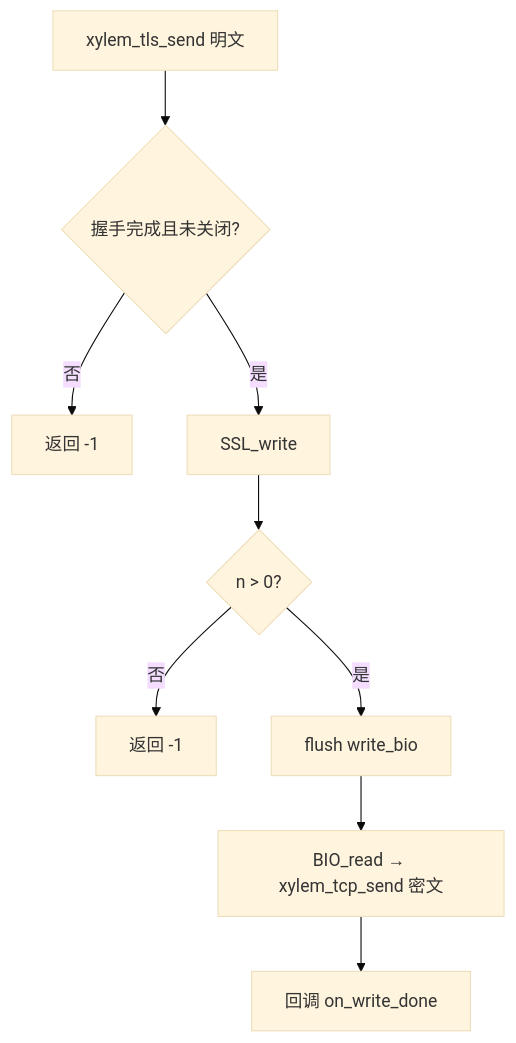
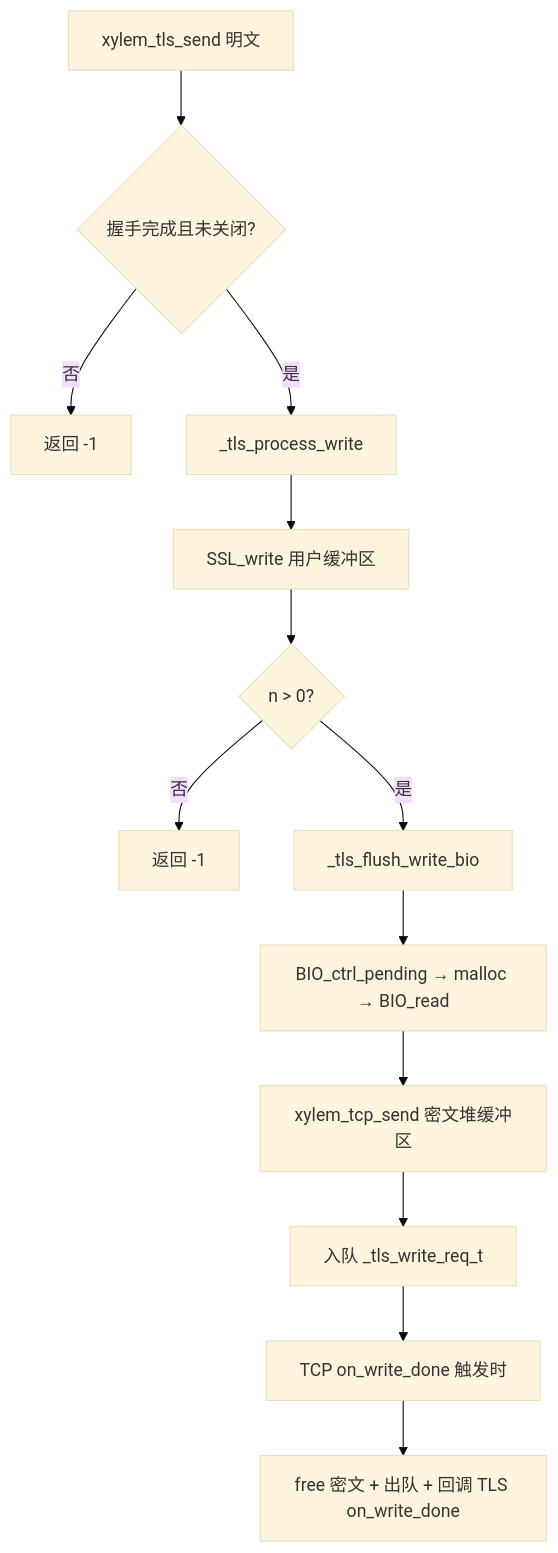
Before and after one commit to MeristemForge/Xylem: the fifth of 6 diagrams in docs/tls-design.md, drawn with Mermaid (base theme). The commit also changed other lines of this file and 31 other files, not shown here.

````diff
--- a/docs/tls-design.md
+++ b/docs/tls-design.md
@@ -226,11 +224,15 @@
 ```mermaid
 flowchart TD
     A[xylem_tls_send 明文] --> B{握手完成且未关闭?}
     B -->|否| C[返回 -1]
-    B -->|是| D[SSL_write]
-    D --> E{n > 0?}
-    E -->|否| F[返回 -1]
-    E -->|是| G[flush write_bio]
-    G --> H[BIO_read → xylem_tcp_send 密文]
-    H --> I[回调 on_write_done]
+    B -->|是| F[_tls_process_write]
+    F --> G[SSL_write 用户缓冲区]
+    G --> H{n > 0?}
+    H -->|否| I[返回 -1]
+    H -->|是| J[_tls_flush_write_bio]
+    J --> K[BIO_ctrl_pending → malloc → BIO_read]
+    K --> L[xylem_tcp_send 密文堆缓冲区]
+    L --> M[入队 _tls_write_req_t]
+    M --> N[TCP on_write_done 触发时]
+    N --> O[free 密文 + 出队 + 回调 TLS on_write_done]
 ```
````
